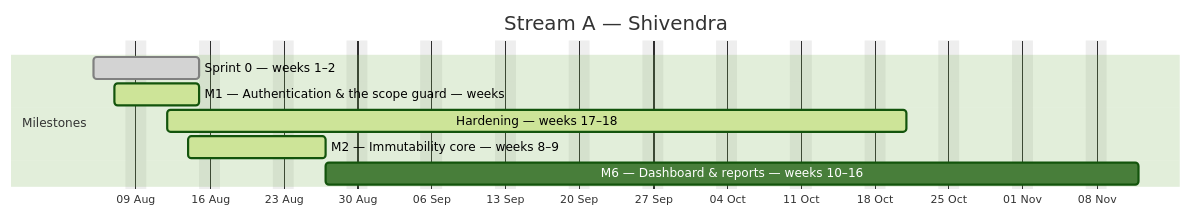
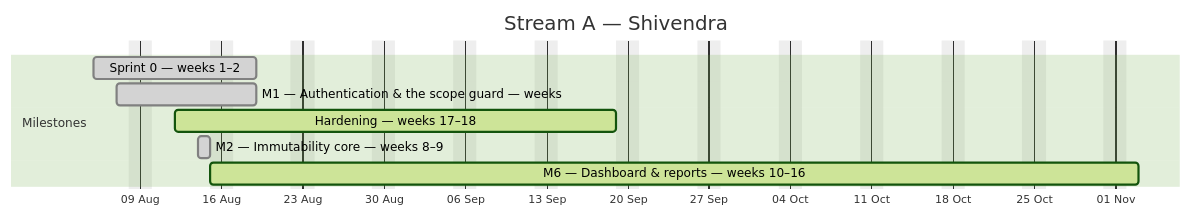
Before and after one commit to debashisedunext/EduTrack: the first of 4 diagrams in docs/plan/GANTT.md, drawn with Mermaid (forest theme). The commit also changed other lines of this file and 4 other files, not shown here.

````diff
--- a/docs/plan/GANTT.md
+++ b/docs/plan/GANTT.md
@@ -123,13 +116,13 @@
 ```mermaid
 gantt
     dateFormat YYYY-MM-DD
     axisFormat %d %b
     title Stream A — Shivendra
     excludes weekends
     section Milestones
-    Sprint 0 — weeks 1–2 :done, a0, 2026-08-05, 8d
-    M1 — Authentication & the scope guard — weeks :active, a1, 2026-08-07, 6d
-    Hardening — weeks 17–18 :active, a2, 2026-08-12, 50d
-    M2 — Immutability core — weeks 8–9 :active, a3, 2026-08-14, 9d
-    M6 — Dashboard & reports — weeks 10–16 :a4, 2026-08-27, 55d
+    Sprint 0 — weeks 1–2 :done, a0, 2026-08-05, 10d
+    M1 — Authentication & the scope guard — weeks :done, a1, 2026-08-07, 8d
+    Hardening — weeks 17–18 :active, a2, 2026-08-12, 28d
+    M2 — Immutability core — weeks 8–9 :done, a3, 2026-08-14, 1d
+    M6 — Dashboard & reports — weeks 10–16 :active, a4, 2026-08-15, 57d
 ```
````
